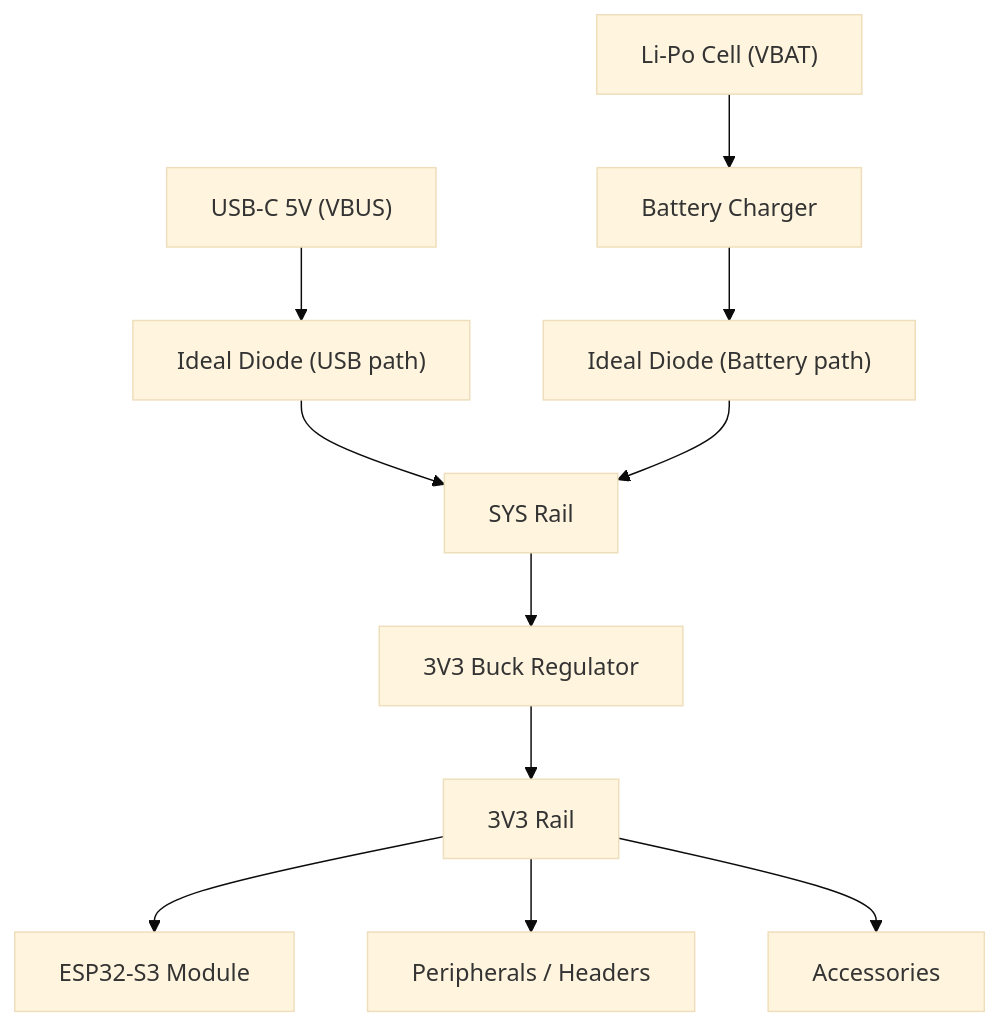
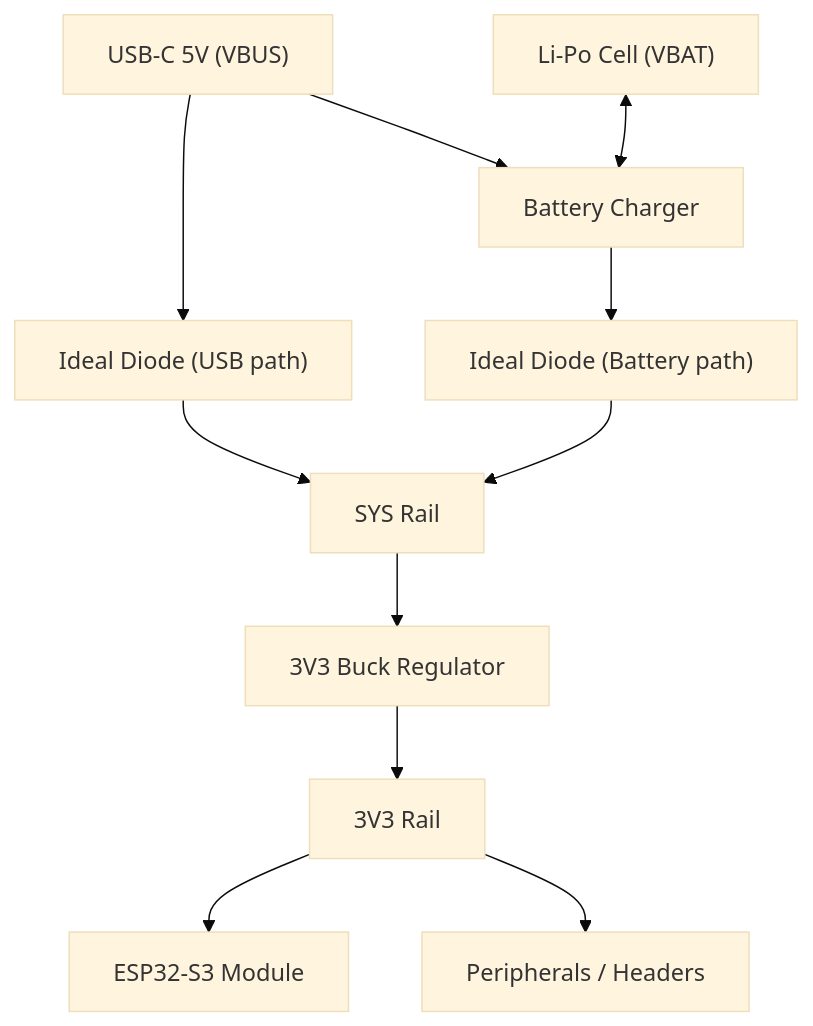
The diagram in docs/boards/nodifyr-s3-devboard/revA/power-tree.md (Bushido3403/nodifyr), drawn with Mermaid (base theme) before and after one commit.

Commit message:
Update to flow chart

````diff
--- a/docs/boards/nodifyr-s3-devboard/revA/power-tree.md
+++ b/docs/boards/nodifyr-s3-devboard/revA/power-tree.md
@@ -1,21 +1,20 @@
 ```mermaid
 flowchart TD
 %% Sources
 USB5V["USB-C 5V (VBUS)"] --> DUSB["Ideal Diode (USB path)"]
-VBAT["Li-Po Cell (VBAT)"] --> CHG["Battery Charger"]
-CHG --> DBAT["Ideal Diode (Battery path)"]
+USB5V --> CHG["Battery Charger"]
+VBAT["Li-Po Cell (VBAT)"] <--> CHG
 
 %% OR-ing into system rail
 DUSB --> SYS["SYS Rail"]
-DBAT --> SYS
+DBAT["Ideal Diode (Battery path)"] --> SYS
+CHG --> DBAT
 
 %% Regulation
 SYS --> BUCK["3V3 Buck Regulator"]
 BUCK --> V3V3["3V3 Rail"]
 
 %% Loads
 V3V3 --> MCU["ESP32-S3 Module"]
 V3V3 --> PERIPH["Peripherals / Headers"]
-V3V3 --> ACC["Accessories"]
-
 ```
````
